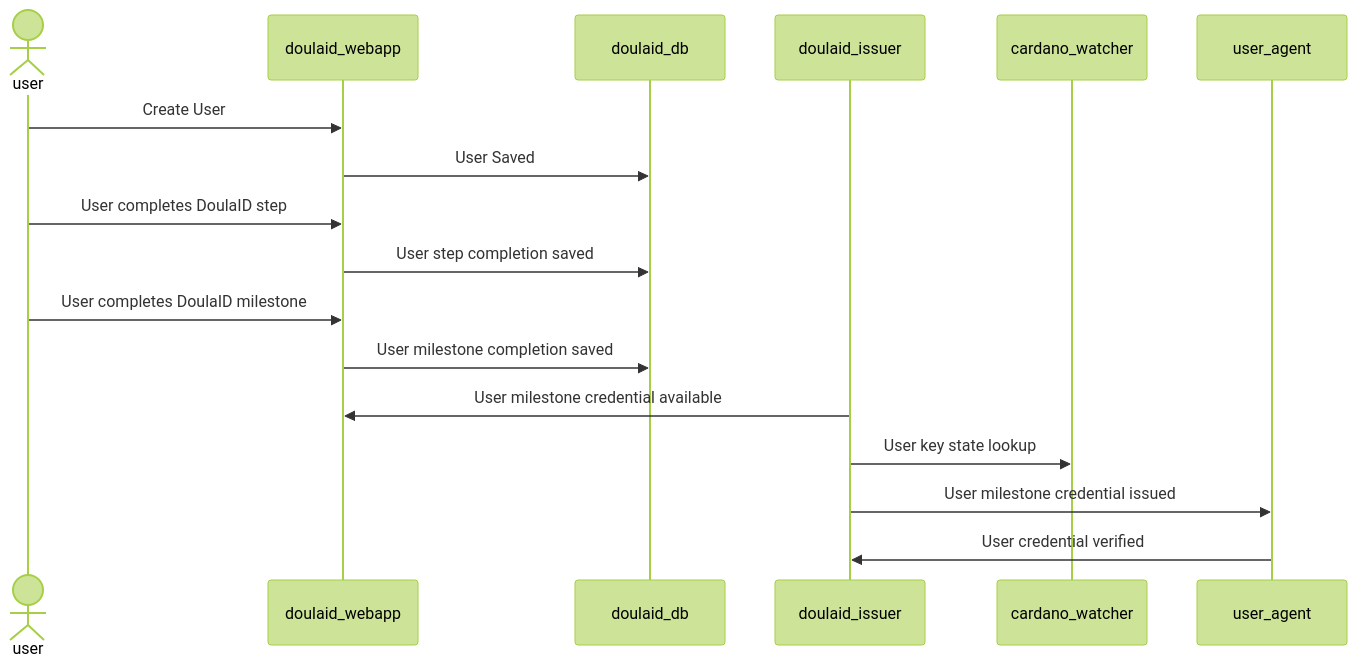
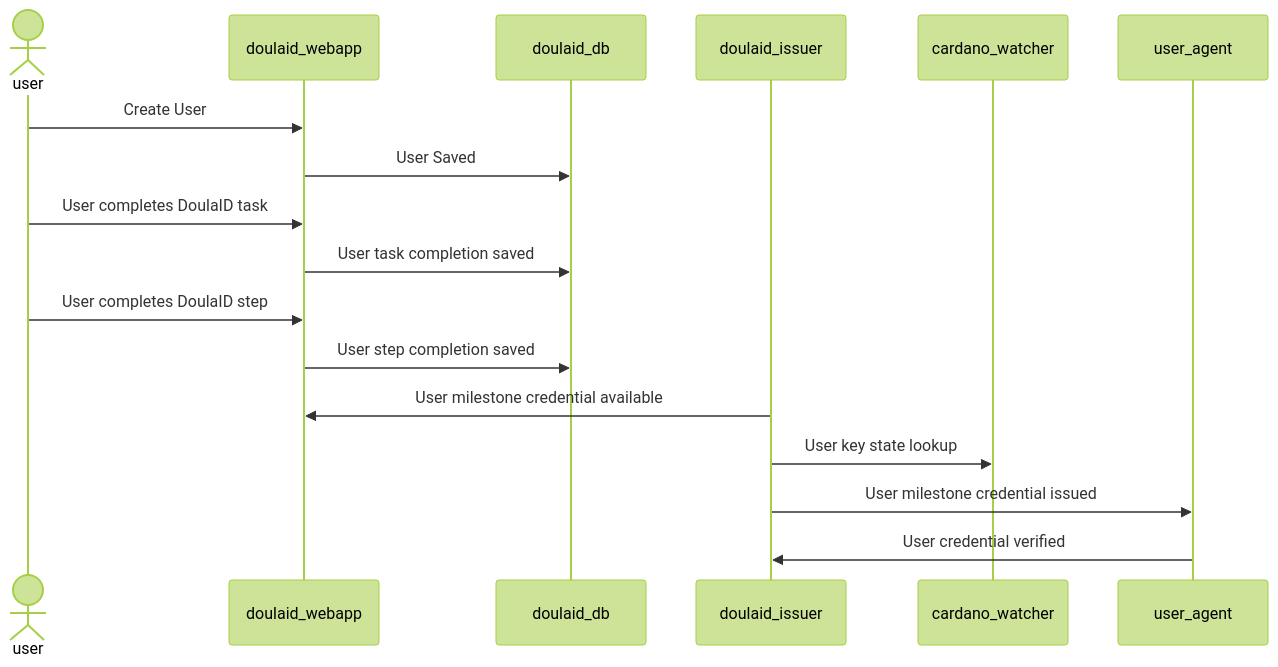
The diagram in DESIGN.md (roots-id/DoulaID), drawn with Mermaid (forest theme) before and after one commit.

````diff
--- a/DESIGN.md
+++ b/DESIGN.md
@@ -11,14 +11,14 @@
 ```mermaid
 sequenceDiagram
 actor user
 user->>doulaid_webapp: Create User
 doulaid_webapp->>doulaid_db: User Saved
+user->>doulaid_webapp: User completes DoulaID task
+doulaid_webapp->>doulaid_db: User task completion saved
 user->>doulaid_webapp: User completes DoulaID step
 doulaid_webapp->>doulaid_db: User step completion saved
-user->>doulaid_webapp: User completes DoulaID milestone
-doulaid_webapp->>doulaid_db: User milestone completion saved
 doulaid_issuer->>doulaid_webapp: User milestone credential available
 doulaid_issuer->>cardano_watcher: User key state lookup
 doulaid_issuer->>user_agent: User milestone credential issued
 user_agent->>doulaid_issuer: User credential verified
 ```
````
